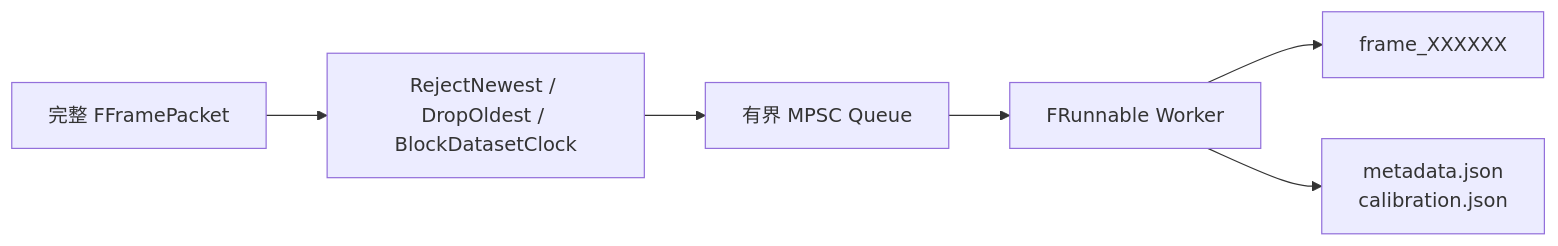
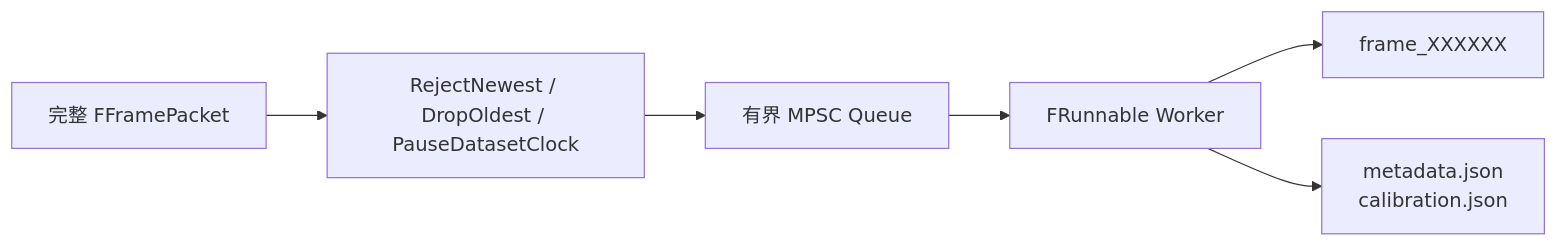
Before and after one commit to IceGodles/SensorSimulation: the tenth of 11 diagrams in Plugins/SensorSimulation/Docs/CurrentArchitecture.md, drawn with Mermaid. The commit also changed other lines of this file and 41 other files, not shown here.

````diff
--- a/Plugins/SensorSimulation/Docs/CurrentArchitecture.md
+++ b/Plugins/SensorSimulation/Docs/CurrentArchitecture.md
@@ -714,12 +823,12 @@
 ```mermaid
 flowchart LR
     Packet["完整 FFramePacket"]
     Queue["有界 MPSC Queue"]
-    Policy["RejectNewest / DropOldest / BlockDatasetClock"]
+    Policy["RejectNewest / DropOldest / PauseDatasetClock"]
     Worker["FRunnable Worker"]
     FrameDir["frame_XXXXXX"]
     Session["metadata.json<br/>calibration.json"]
 
     Packet --> Policy --> Queue --> Worker --> FrameDir
     Worker --> Session
 ```
````
